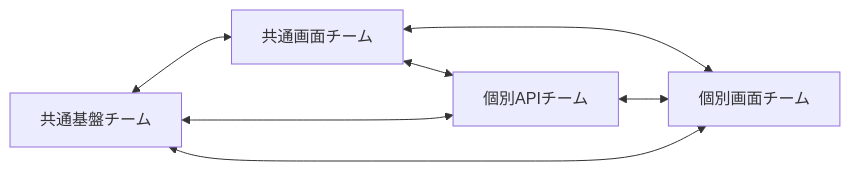
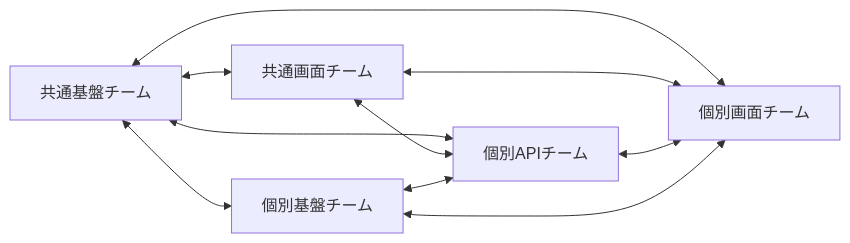
The second of 3 diagrams in docs/00_全体/04_開発チーム体制.md (RyuheiKiso/KisoFramework), drawn with Mermaid before and after one commit. The commit also changed other lines of this file and 1 other file, not shown here.

````diff
--- a/docs/00_全体/04_開発チーム体制.md
+++ b/docs/00_全体/04_開発チーム体制.md
@@ -99,13 +110,17 @@
 ```mermaid
 flowchart LR
     基盤[共通基盤チーム]
     画面[共通画面チーム]
     API[個別APIチーム]
     個別画面[個別画面チーム]
+    個別基盤[個別基盤チーム]
     基盤 <--> 画面
     基盤 <--> API
     基盤 <--> 個別画面
+    基盤 <--> 個別基盤
     画面 <--> 個別画面
     API <--> 個別画面
     画面 <--> API
+    個別基盤 <--> API
+    個別基盤 <--> 個別画面
 ```
````
